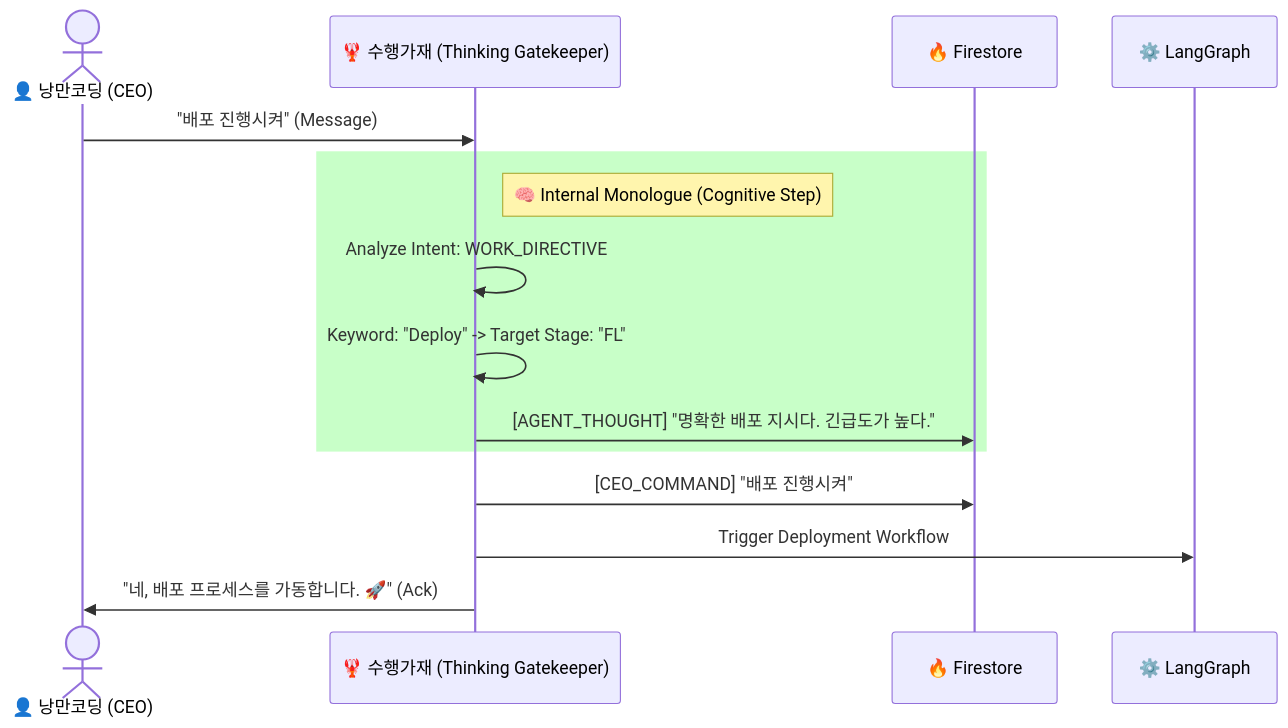
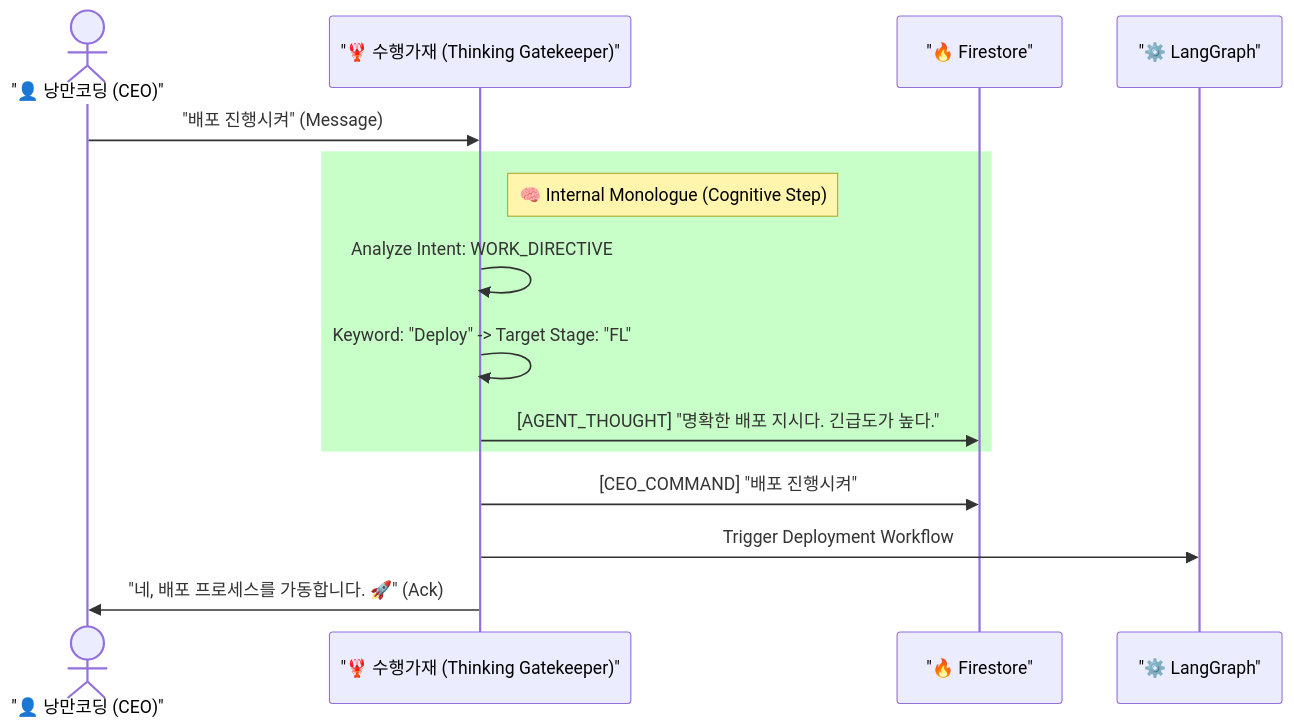
One commit to KyleL22/yuna-openclaw changed the third of 4 diagrams in docs/core/process/SYSTEM_DESIGN_V1_0.md. Above: the diagram before and after it, drawn with Mermaid. The commit also changed other lines of this file, not shown here.

````diff
--- a/docs/core/process/SYSTEM_DESIGN_V1_0.md
+++ b/docs/core/process/SYSTEM_DESIGN_V1_0.md
@@ -222,20 +222,20 @@
 ```mermaid
 sequenceDiagram
-    actor CEO as 👤 낭만코딩 (CEO)
-    participant ATT as 🦞 수행가재 (Thinking Gatekeeper)
-    participant DB as 🔥 Firestore
-    participant LG as ⚙️ LangGraph
+    actor CEO as "👤 낭만코딩 (CEO)"
+    participant ATT as "🦞 수행가재 (Thinking Gatekeeper)"
+    participant DB as "🔥 Firestore"
+    participant LG as "⚙️ LangGraph"
 
     CEO->>ATT: "배포 진행시켜" (Message)
     
     rect rgb(200, 255, 200)
     note right of ATT: 🧠 Internal Monologue (Cognitive Step)
     ATT->>ATT: Analyze Intent: WORK_DIRECTIVE
     ATT->>ATT: Keyword: "Deploy" -> Target Stage: "FL"
     ATT->>DB: [AGENT_THOUGHT] "명확한 배포 지시다. 긴급도가 높다."
     end
     
     ATT->>DB: [CEO_COMMAND] "배포 진행시켜"
     ATT->>LG: Trigger Deployment Workflow
     ATT->>CEO: "네, 배포 프로세스를 가동합니다. 🚀" (Ack)
 ```
````
